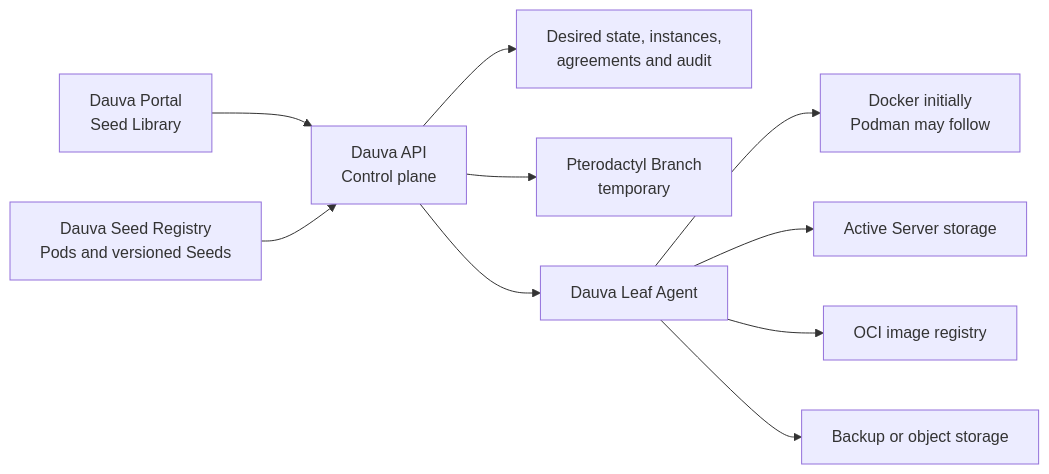
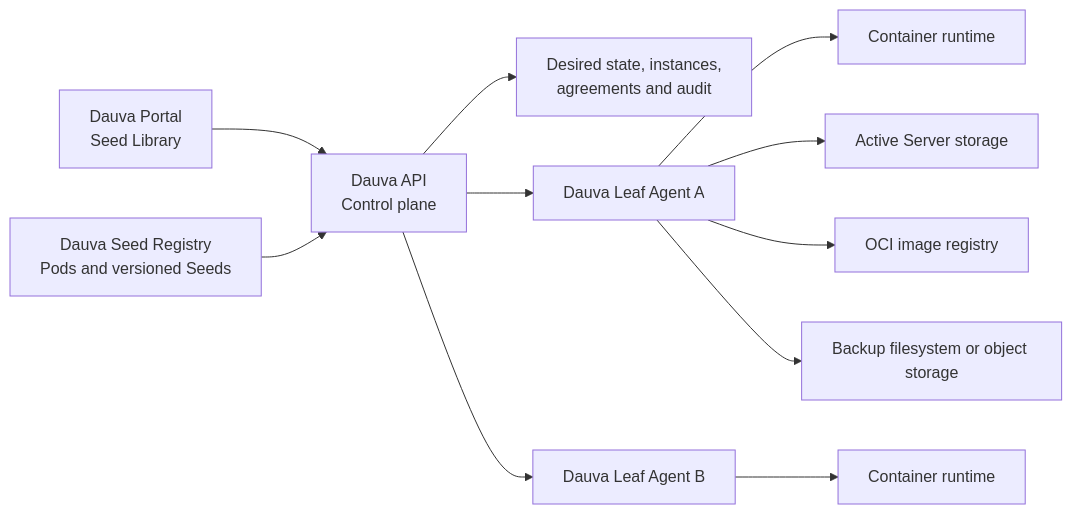
One commit to Deucarian/dauva-seeds changed the diagram in docs/architecture/dauva-native-server-platform.md. Above: the diagram before and after it, drawn with Mermaid. The commit also changed other lines of this file and 10 other files, not shown here.

````diff
--- a/docs/architecture/dauva-native-server-platform.md
+++ b/docs/architecture/dauva-native-server-platform.md
@@ -160,12 +158,13 @@
 ```mermaid
 flowchart LR
     Portal["Dauva Portal<br/>Seed Library"] --> API["Dauva API<br/>Control plane"]
     Registry["Dauva Seed Registry<br/>Pods and versioned Seeds"] --> API
     API --> Database["Desired state, instances,<br/>agreements and audit"]
-    API --> Pterodactyl["Pterodactyl Branch<br/>temporary"]
-    API --> Agent["Dauva Leaf Agent"]
-    Agent --> Runtime["Docker initially<br/>Podman may follow"]
-    Agent --> Data["Active Server storage"]
-    Agent --> Images["OCI image registry"]
-    Agent --> Backups["Backup or object storage"]
+    API --> AgentA["Dauva Leaf Agent A"]
+    API --> AgentB["Dauva Leaf Agent B"]
+    AgentA --> RuntimeA["Container runtime"]
+    AgentB --> RuntimeB["Container runtime"]
+    AgentA --> Data["Active Server storage"]
+    AgentA --> Images["OCI image registry"]
+    AgentA --> Backups["Backup filesystem or object storage"]
 ```
````
